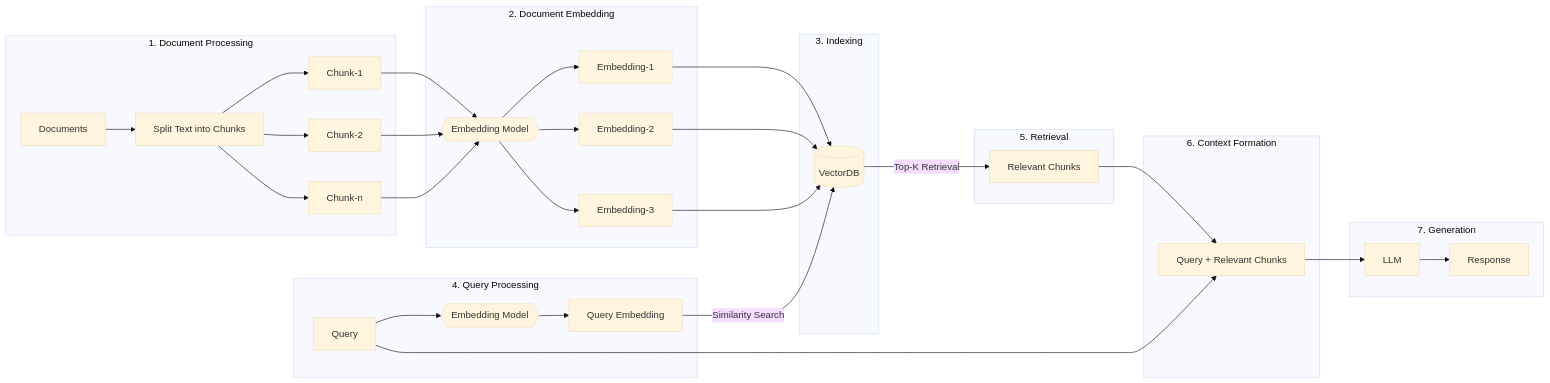
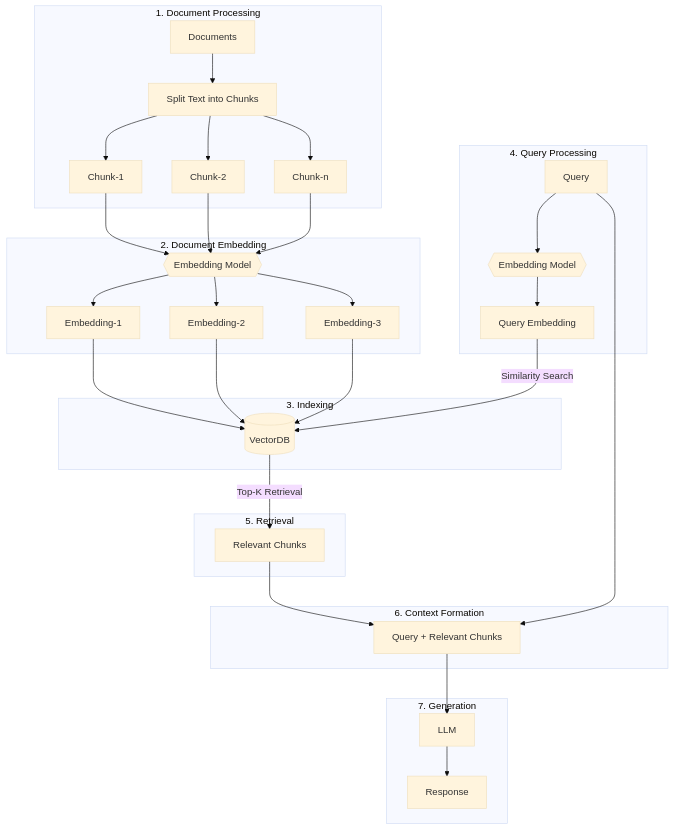
One commit to adithya-s-k/AI-Engineering.academy changed the first of 2 diagrams in RAG/01_Basic_RAG/README.md. Above: the diagram before and after it, drawn with Mermaid (base theme). The commit also changed 1 other file, not shown here.

Commit message:
BM25 retriver rag flow added - Adithya S K

````diff
--- a/RAG/01_Basic_RAG/README.md
+++ b/RAG/01_Basic_RAG/README.md
@@ -7,40 +7,40 @@
 ```mermaid
-flowchart LR
+flowchart TD
     subgraph "1. Document Processing"
         A[Documents] --> B[Split Text into Chunks]
         B --> C1[Chunk-1]
         B --> C2[Chunk-2]
         B --> C3[Chunk-n]
     end
     
     subgraph "2. Document Embedding"
         EM1{{Embedding Model}}
         C1 & C2 & C3 --> EM1
         EM1 --> D1[Embedding-1] & D2[Embedding-2] & D3[Embedding-3]
     end
     
     subgraph "3. Indexing"
         D1 & D2 & D3 --> E[(VectorDB)]
     end
     
     subgraph "4. Query Processing"
         F[Query] --> EM2{{Embedding Model}}
         EM2 --> G[Query Embedding]
     end
     
     subgraph "5. Retrieval"
         G -->|Similarity Search| E
         E -->|Top-K Retrieval| H[Relevant Chunks]
     end
     
     subgraph "6. Context Formation"
         H --> I[Query + Relevant Chunks]
     end
     
     subgraph "7. Generation"
         I --> J[LLM]
         J --> K[Response]
     end
     
     F --> I
 ```
````
